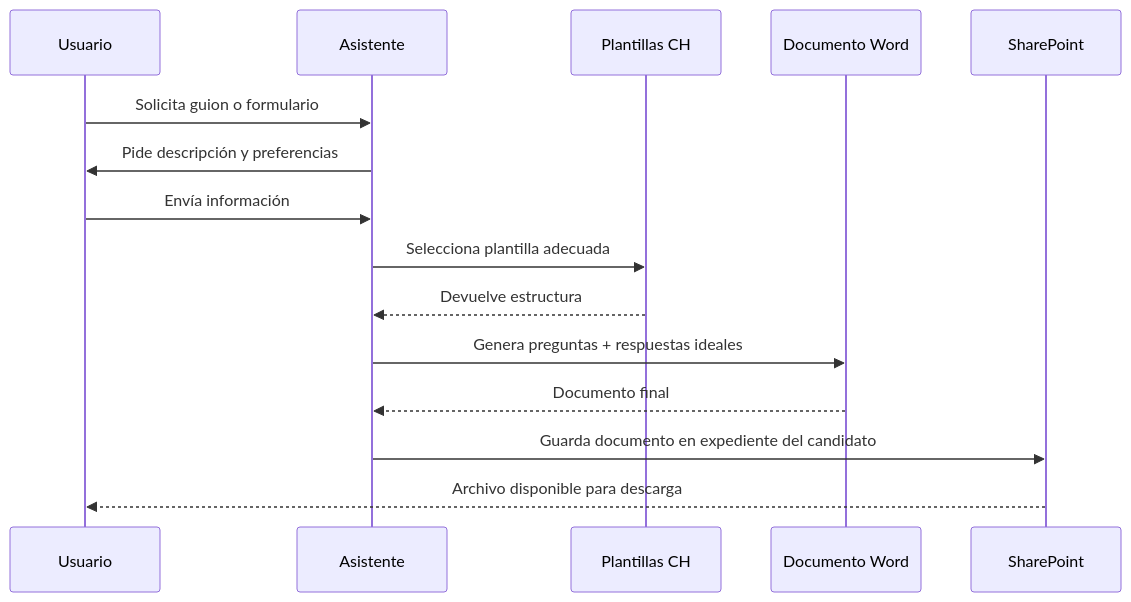
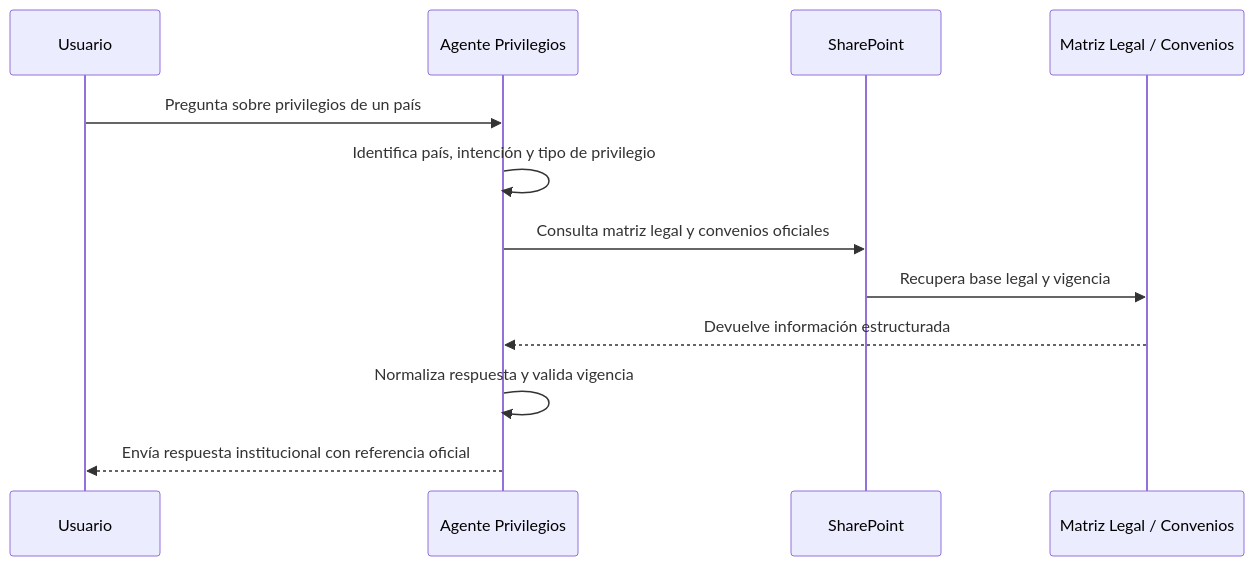
Before and after one commit to lab-innovacion-caf/Agentes: the second of 2 diagrams in README.md, drawn with Mermaid. The commit also changed other lines of this file, not shown here.

Commit message:
Readme Agente de Privilegios Paises

````diff
--- a/README.md
+++ b/README.md
@@ -147,18 +146,15 @@
 ```mermaid
 sequenceDiagram
     participant Usuario
-    participant Asistente
-    participant Plantillas as Plantillas CH
-    participant Word as Documento Word
+    participant Agente as Agente Privilegios
     participant SP as SharePoint
+    participant Doc as Matriz Legal / Convenios
 
-    Usuario->>Asistente: Solicita guion o formulario
-    Asistente->>Usuario: Pide descripción y preferencias
-    Usuario->>Asistente: Envía información
-    Asistente->>Plantillas: Selecciona plantilla adecuada
-    Plantillas-->>Asistente: Devuelve estructura
-    Asistente->>Word: Genera preguntas + respuestas ideales
-    Word-->>Asistente: Documento final
-    Asistente->>SP: Guarda documento en expediente del candidato
-    SP-->>Usuario: Archivo disponible para descarga
+    Usuario->>Agente: Pregunta sobre privilegios de un país
+    Agente->>Agente: Identifica país, intención y tipo de privilegio
+    Agente->>SP: Consulta matriz legal y convenios oficiales
+    SP->>Doc: Recupera base legal y vigencia
+    Doc-->>Agente: Devuelve información estructurada
+    Agente->>Agente: Normaliza respuesta y valida vigencia
+    Agente-->>Usuario: Envía respuesta institucional con referencia oficial
 ```
````
